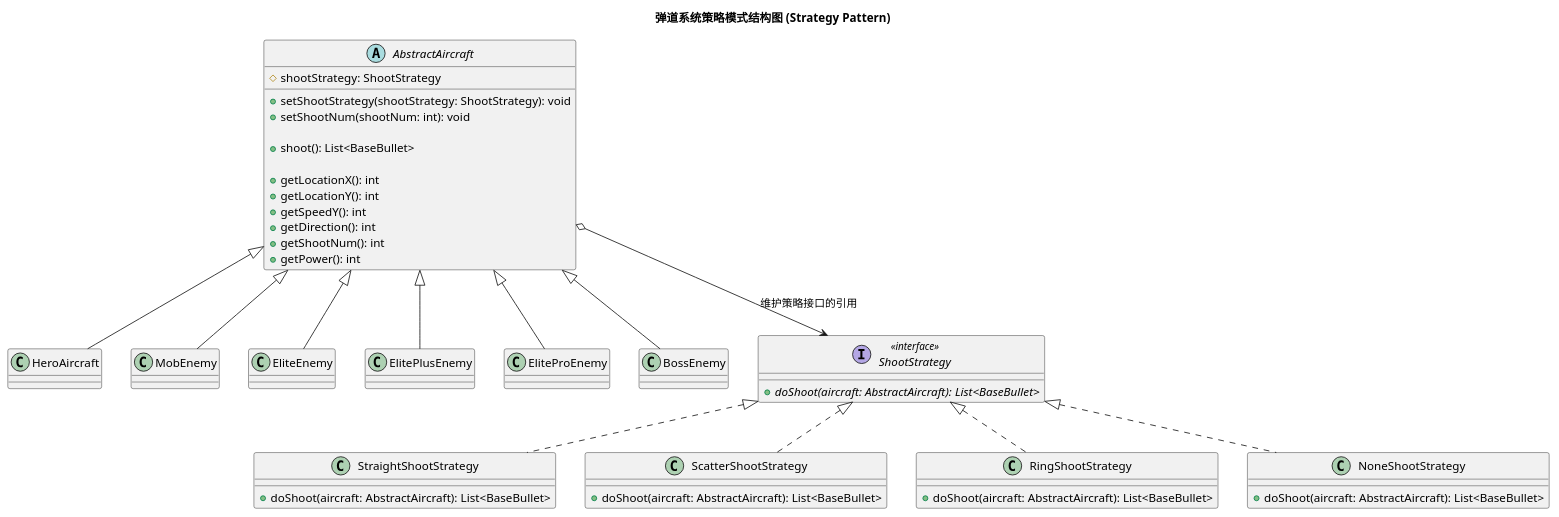
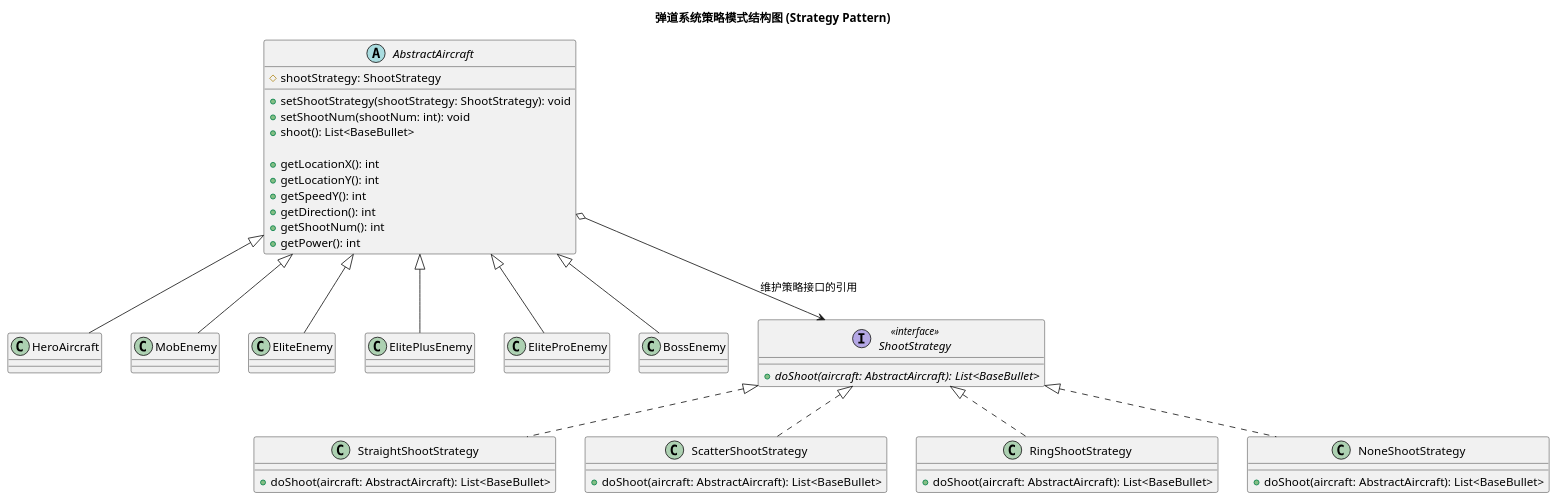
The diagram in uml/Strategy Pattern.puml (Leslie-1341/AircraftWar-base1.0), drawn with PlantUML before and after one commit. The commit also changed 25 other files, not shown here.

Commit message:
规范了代码，更新了uml类图，用于中期检查

```diff
--- a/uml/Strategy Pattern.puml
+++ b/uml/Strategy Pattern.puml
@@ -1,90 +1,80 @@
 @startuml
 'https://plantuml.com/class-diagram
 title 弹道系统策略模式结构图 (Strategy Pattern)
 
 ' ==========================================
 ' 1. 上下文角色 (Context)
 ' ==========================================
 abstract class AbstractAircraft {
-    ' 维护对抽象策略的引用
     # shootStrategy: ShootStrategy
-    ' 提供设置策略的方法，支持动态切换武器
     + setShootStrategy(shootStrategy: ShootStrategy): void
-    ' 提供设置子弹数量的方法（供道具生效时调用）
     + setShootNum(shootNum: int): void
-
-    ' 执行策略的方法 (对应代码中的 shoot 方法)
     + shoot(): List<BaseBullet>
 
-    ' 飞机自身的数据接口（供外包的策略算法调用以获取实时状态）
+    ' 飞机自身的数据接口
     + getLocationX(): int
     + getLocationY(): int
     + getSpeedY(): int
     + getDirection(): int
     + getShootNum(): int
     + getPower(): int
 }
 
 class HeroAircraft {
 }
 class MobEnemy {
 }
 class EliteEnemy {
 }
 class ElitePlusEnemy {
 }
 class EliteProEnemy {
 }
 class BossEnemy {
 }
 
 AbstractAircraft <|-- HeroAircraft
 AbstractAircraft <|-- MobEnemy
 AbstractAircraft <|-- EliteEnemy
 AbstractAircraft <|-- ElitePlusEnemy
 AbstractAircraft <|-- EliteProEnemy
 AbstractAircraft <|-- BossEnemy
 
 ' ==========================================
 ' 2. 抽象策略角色 (Strategy)
 ' ==========================================
 interface ShootStrategy <<interface>> {
-    ' 执行射击算法，传入上下文(飞机)以获取坐标、方向、弹量等数据
     + {abstract} doShoot(aircraft: AbstractAircraft): List<BaseBullet>
 }
 
 ' ==========================================
 ' 3. 具体策略角色 (Concrete Strategies)
 ' ==========================================
 class StraightShootStrategy {
-    ' 实现直射弹道（单排/双排均可通过该策略自动适配）
     + doShoot(aircraft: AbstractAircraft): List<BaseBullet>
 }
 
 class ScatterShootStrategy {
-    ' 实现散射弹道（扇形，自带横向扩散速度）
     + doShoot(aircraft: AbstractAircraft): List<BaseBullet>
 }
 
 class RingShootStrategy {
-    ' 实现环射弹道（360度均分发射）
     + doShoot(aircraft: AbstractAircraft): List<BaseBullet>
 }
 
 class NoneShootStrategy {
-    ' 实现不发射逻辑（专供普通敌机使用）
     + doShoot(aircraft: AbstractAircraft): List<BaseBullet>
 }
 
 ShootStrategy <|.. StraightShootStrategy
 ShootStrategy <|.. ScatterShootStrategy
 ShootStrategy <|.. RingShootStrategy
 ShootStrategy <|.. NoneShootStrategy
 
-' ==========================================
+' =======================================
 ' 关系连线
-' ==========================================
+' =======================================
 ' Context 聚合 Strategy (空心菱形箭头)
 AbstractAircraft o--> ShootStrategy : 维护策略接口的引用
 
 @enduml
```
